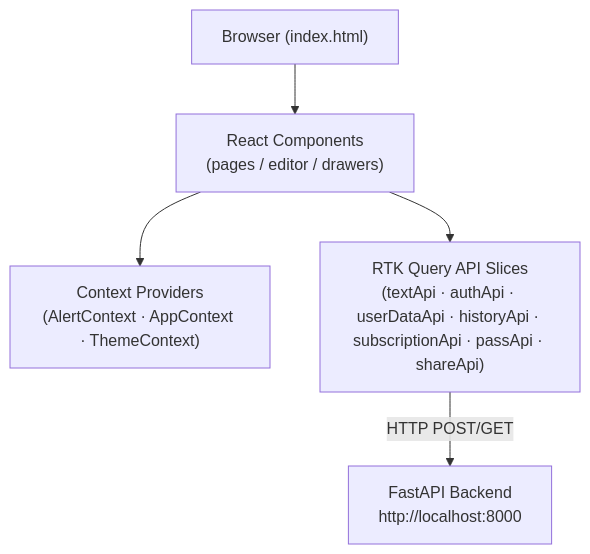
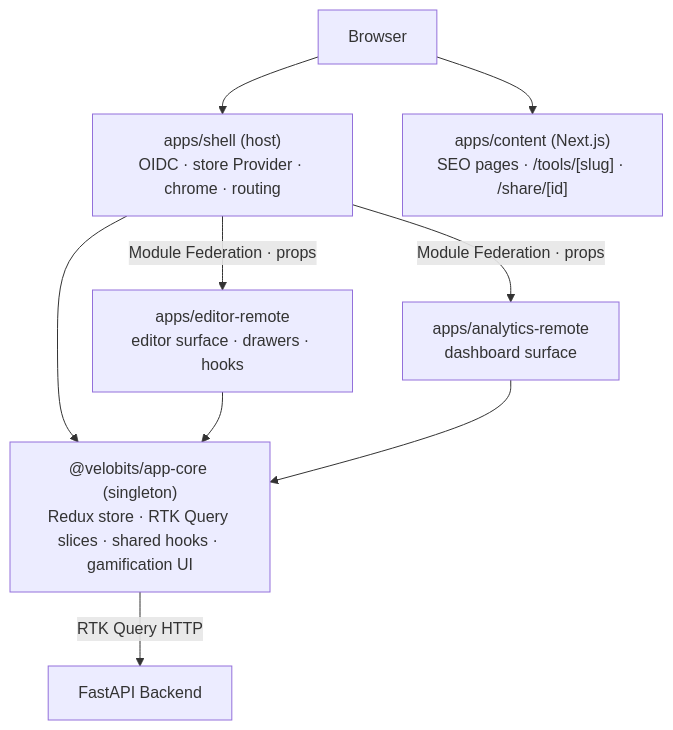
The diagram in docs/architecture.md (VeloBits/fixmytext-web-frontend), drawn with Mermaid before and after one commit. The commit also changed other lines of this file and 17 other files, not shown here.

````diff
--- a/docs/architecture.md
+++ b/docs/architecture.md
@@ -11,13 +39,19 @@
 ```mermaid
 graph TD
-    Browser["Browser (index.html)"]
-    React["React Components<br/>(pages / editor / drawers)"]
-    Contexts["Context Providers<br/>(AlertContext · AppContext · ThemeContext)"]
-    RTK["RTK Query API Slices<br/>(textApi · authApi · userDataApi · historyApi · subscriptionApi · passApi · shareApi)"]
-    Backend["FastAPI Backend<br/>http://localhost:8000"]
+    Browser["Browser"]
+    Shell["apps/shell (host)<br/>OIDC · store Provider · chrome · routing"]
+    AppCore["@velobits/app-core (singleton)<br/>Redux store · RTK Query slices · shared hooks · gamification UI"]
+    EditorRemote["apps/editor-remote<br/>editor surface · drawers · hooks"]
+    AnalyticsRemote["apps/analytics-remote<br/>dashboard surface"]
+    Content["apps/content (Next.js)<br/>SEO pages · /tools/[slug] · /share/[id]"]
+    Backend["FastAPI Backend"]
 
-    Browser --> React
-    React --> Contexts
-    React --> RTK
-    RTK -->|"HTTP POST/GET"| Backend
+    Browser --> Shell
+    Browser --> Content
+    Shell --> AppCore
+    Shell -->|"Module Federation · props"| EditorRemote
+    Shell -->|"Module Federation · props"| AnalyticsRemote
+    EditorRemote --> AppCore
+    AnalyticsRemote --> AppCore
+    AppCore -->|"RTK Query HTTP"| Backend
 ```
````
